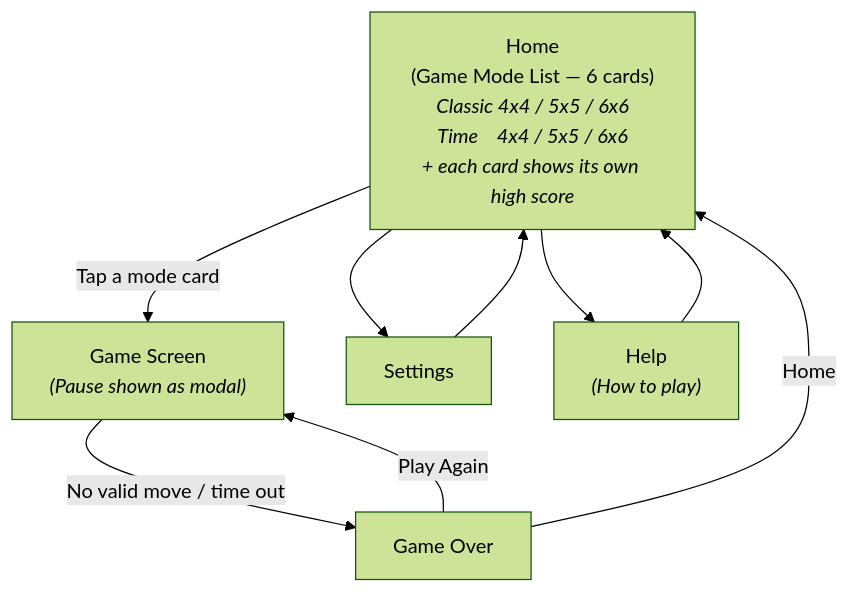
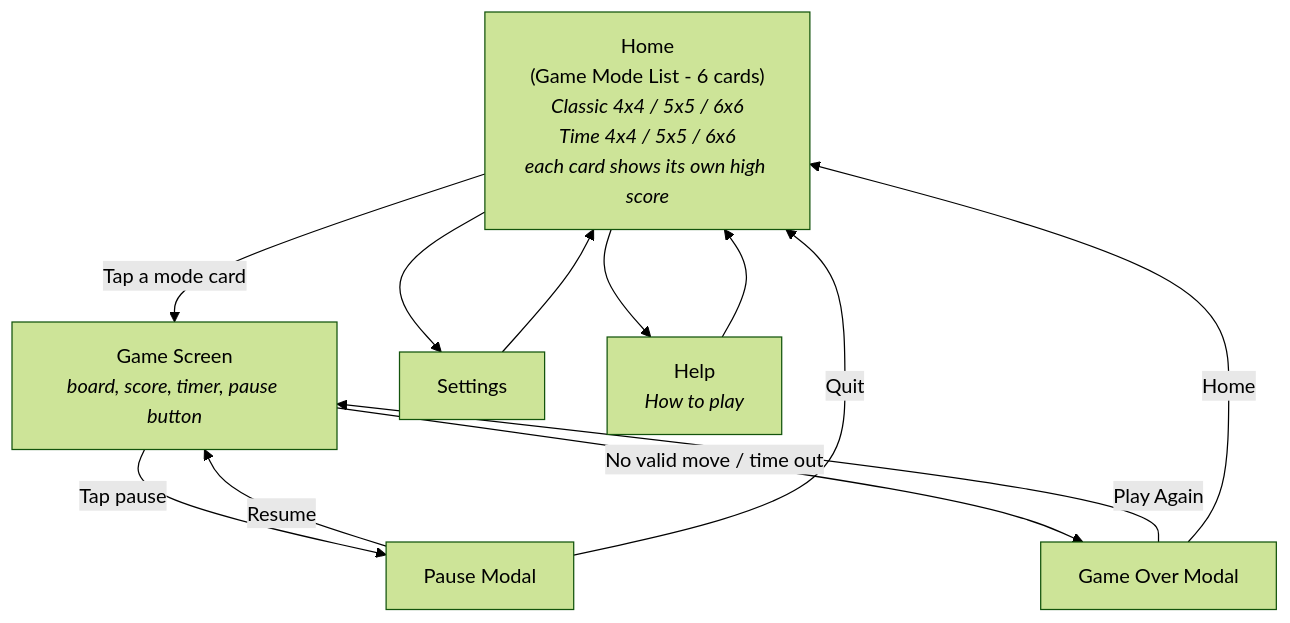
One commit to LeThaiAn15112004/2048-Infinity-Merge changed the second of 3 diagrams in Docs/software_requirement.md. Above: the diagram before and after it, drawn with Mermaid (forest theme). The commit also changed other lines of this file and 56 other files, not shown here.

````diff
--- a/Docs/software_requirement.md
+++ b/Docs/software_requirement.md
@@ -43,17 +41,21 @@
 ```mermaid
 flowchart TD
-    Home["Home<br/>(Game Mode List — 6 cards)<br/><i>Classic 4x4 / 5x5 / 6x6</i><br/><i>Time&nbsp;&nbsp;&nbsp;&nbsp;4x4 / 5x5 / 6x6</i><br/><i>+ each card shows its own high score</i>"]
-    Game["Game Screen<br/><i>(Pause shown as modal)</i>"]
-    GameOver["Game Over"]
+    Home["Home<br/>(Game Mode List - 6 cards)<br/><i>Classic 4x4 / 5x5 / 6x6</i><br/><i>Time 4x4 / 5x5 / 6x6</i><br/><i>each card shows its own high score</i>"]
+    Game["Game Screen<br/><i>board, score, timer, pause button</i>"]
+    Pause["Pause Modal"]
+    GameOver["Game Over Modal"]
     Settings["Settings"]
-    Help["Help<br/><i>(How to play)</i>"]
+    Help["Help<br/><i>How to play</i>"]
 
     Home -->|Tap a mode card| Game
+    Game -->|Tap pause| Pause
+    Pause -->|Resume| Game
+    Pause -->|Quit| Home
     Game -->|No valid move / time out| GameOver
     GameOver -->|Play Again| Game
     GameOver -->|Home| Home
     Home --> Settings
     Settings --> Home
     Home --> Help
     Help --> Home
 ```
````
